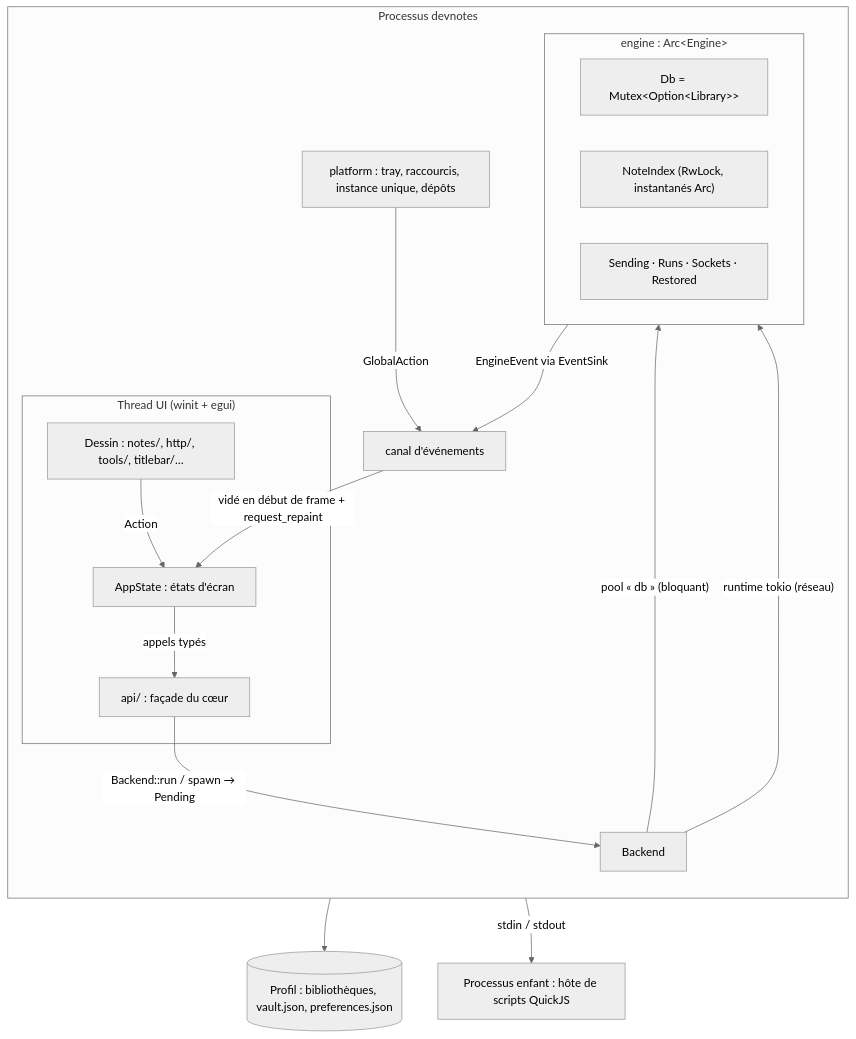
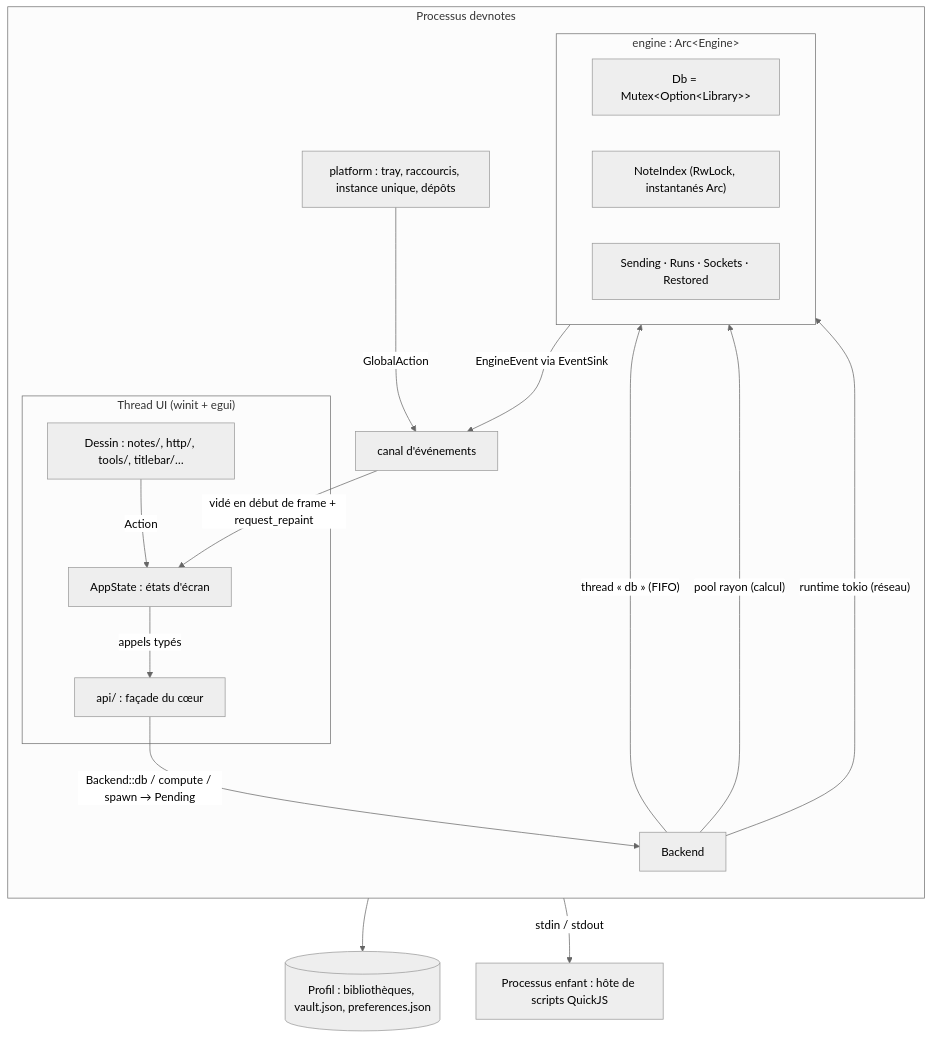
One commit to vmillet-dev/devnotes-rs changed the second of 7 diagrams in docs/egui-migration-plan.md. Above: the diagram before and after it, drawn with Mermaid (neutral theme). The commit also changed other lines of this file and 1 other file, not shown here.

````diff
--- a/docs/egui-migration-plan.md
+++ b/docs/egui-migration-plan.md
@@ -289,23 +315,24 @@
 ```mermaid
 flowchart TB
   subgraph proc["Processus devnotes"]
     direction TB
     subgraph uith["Thread UI (winit + egui)"]
       draw["Dessin : notes/, http/, tools/, titlebar/…"] -->|Action| state["AppState : états d'écran"]
       state -->|appels typés| api["api/ : façade du cœur"]
     end
-    api -->|"Backend::run / spawn → Pending"| backend["Backend"]
-    backend -->|"pool « db » (bloquant)"| core
+    api -->|"Backend::db / compute / spawn → Pending"| backend["Backend"]
+    backend -->|"thread « db » (FIFO)"| core
+    backend -->|"pool rayon (calcul)"| core
     backend -->|"runtime tokio (réseau)"| core
     subgraph core["engine : Arc#lt;Engine#gt;"]
       db["Db = Mutex#lt;Option#lt;Library#gt;#gt;"]
       idx["NoteIndex (RwLock, instantanés Arc)"]
       net["Sending · Runs · Sockets · Restored"]
     end
     core -->|"EngineEvent via EventSink"| chan["canal d'événements"]
     plat["platform : tray, raccourcis, instance unique, dépôts"] -->|"GlobalAction"| chan
     chan -->|"vidé en début de frame + request_repaint"| state
   end
   core --> disk[("Profil : bibliothèques, vault.json, preferences.json")]
   core -->|"stdin / stdout"| host["Processus enfant : hôte de scripts QuickJS"]
 ```
````
